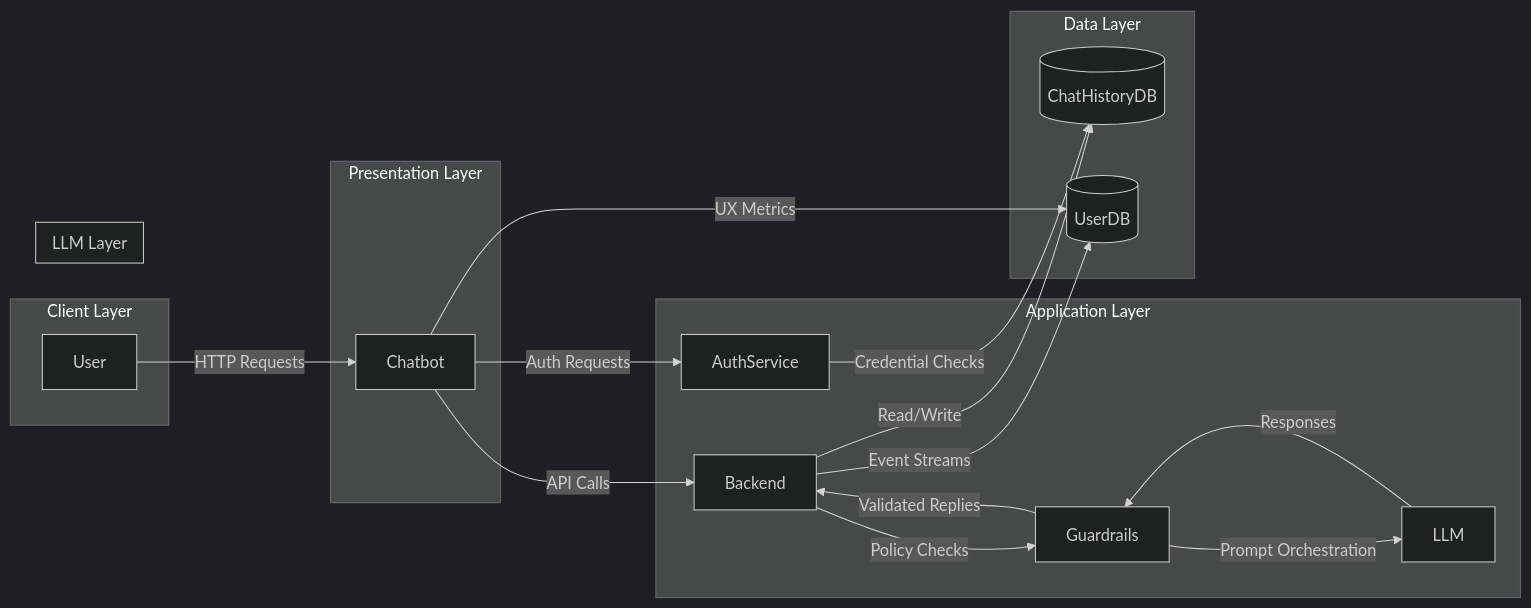
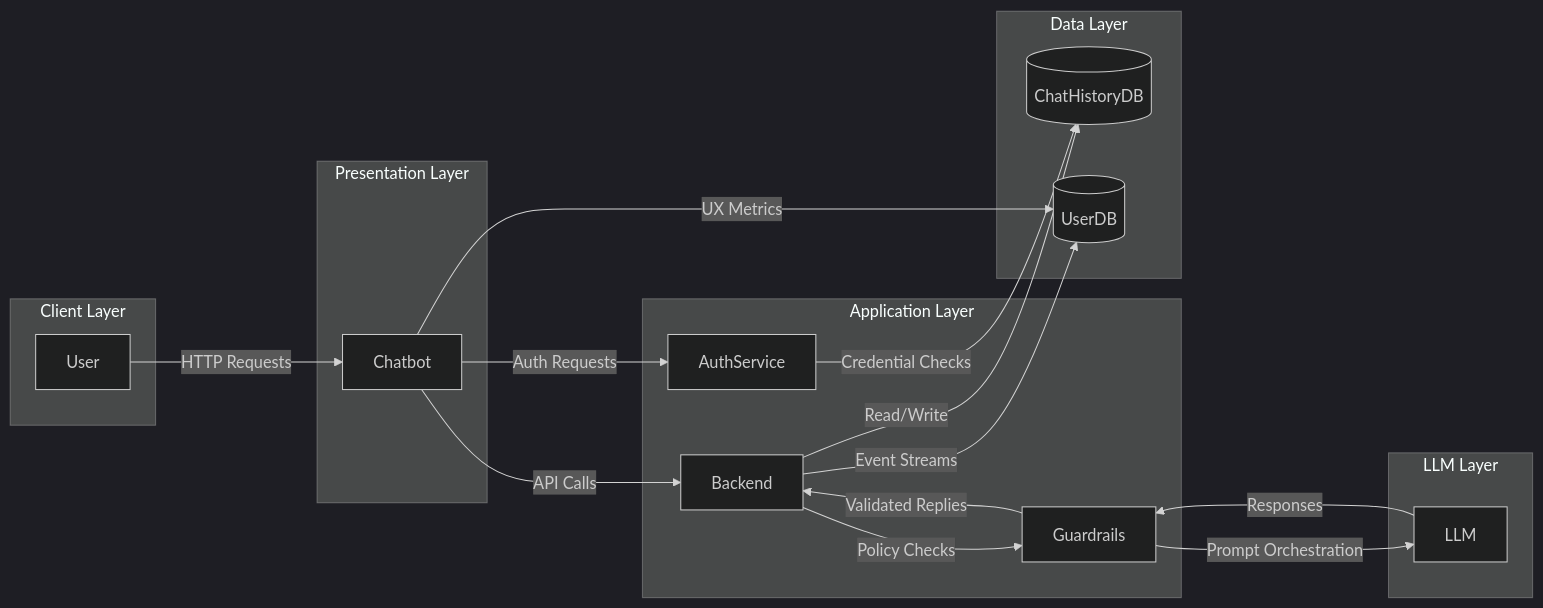
The third of 3 diagrams in diagrams.md (sidgyl-anz/guardrailsfe), drawn with Mermaid (dark theme) before and after one commit.

````diff
--- a/diagrams.md
+++ b/diagrams.md
@@ -47,38 +47,37 @@
 ```mermaid
 flowchart LR
     subgraph Client Layer
         U[User]
     end
 
     subgraph Presentation Layer
         W[Chatbot]
     end
 
     subgraph Application Layer
         B[Backend]
         G[Guardrails]
-        M[LLM]
         A[AuthService]
     end
 
     subgraph LLM Layer
         M[LLM]
     end
 
     subgraph Data Layer
         D[(ChatHistoryDB)]
         L[(UserDB)]
     end
 
     U -- HTTP Requests --> W
     W -- API Calls --> B
     W -- Auth Requests --> A
     B -- Policy Checks --> G
     G -- Prompt Orchestration --> M
     M -- Responses --> G
     G -- Validated Replies --> B
     B -- Read/Write --> D
     A -- Credential Checks --> D
     B -- Event Streams --> L
     W -- UX Metrics --> L
 ```
````
